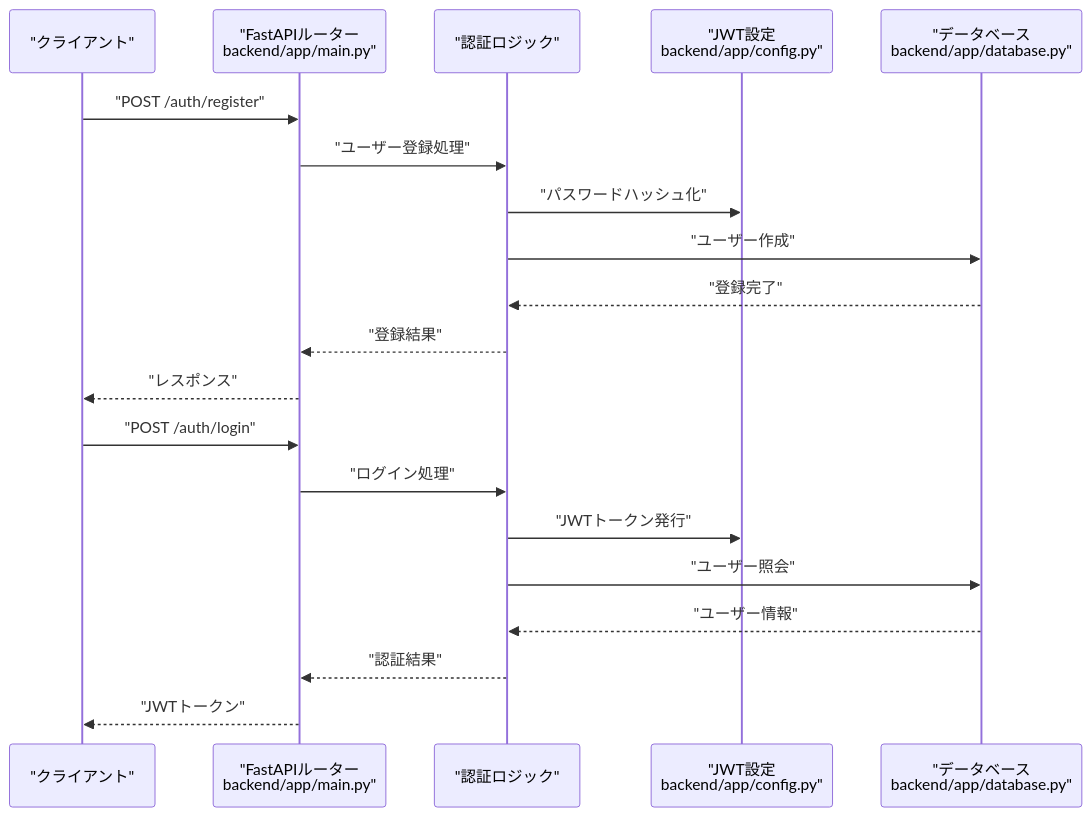
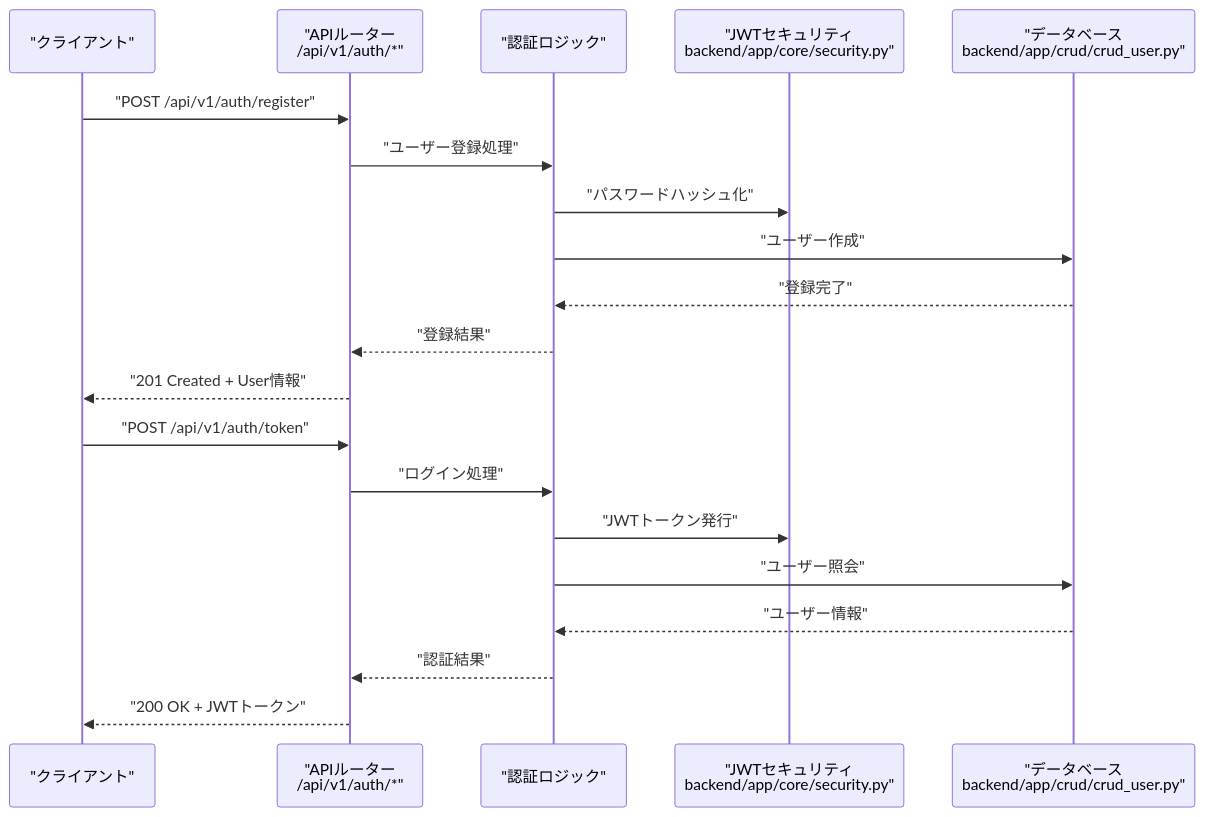
Before and after one commit to ss8806/Todos: the second of 3 diagrams in .qoder/repowiki/ja/content/APIリファレンス/認証API.md, drawn with Mermaid. The commit also changed other lines of this file and 6 other files, not shown here.

````diff
--- a/.qoder/repowiki/ja/content/APIリファレンス/認証API.md
+++ b/.qoder/repowiki/ja/content/APIリファレンス/認証API.md
@@ -92,22 +116,22 @@
 ```mermaid
 sequenceDiagram
 participant Client as "クライアント"
-participant API as "FastAPIルーター<br/>backend/app/main.py"
+participant API as "APIルーター<br/>/api/v1/auth/*"
 participant Auth as "認証ロジック"
-participant JWT as "JWT設定<br/>backend/app/config.py"
-participant DB as "データベース<br/>backend/app/database.py"
-Client->>API : "POST /auth/register"
+participant Security as "JWTセキュリティ<br/>backend/app/core/security.py"
+participant DB as "データベース<br/>backend/app/crud/crud_user.py"
+Client->>API : "POST /api/v1/auth/register"
 API->>Auth : "ユーザー登録処理"
-Auth->>JWT : "パスワードハッシュ化"
+Auth->>Security : "パスワードハッシュ化"
 Auth->>DB : "ユーザー作成"
 DB-->>Auth : "登録完了"
 Auth-->>API : "登録結果"
-API-->>Client : "レスポンス"
-Client->>API : "POST /auth/login"
+API-->>Client : "201 Created + User情報"
+Client->>API : "POST /api/v1/auth/token"
 API->>Auth : "ログイン処理"
-Auth->>JWT : "JWTトークン発行"
+Auth->>Security : "JWTトークン発行"
 Auth->>DB : "ユーザー照会"
 DB-->>Auth : "ユーザー情報"
 Auth-->>API : "認証結果"
-API-->>Client : "JWTトークン"
+API-->>Client : "200 OK + JWTトークン"
 ```
````
